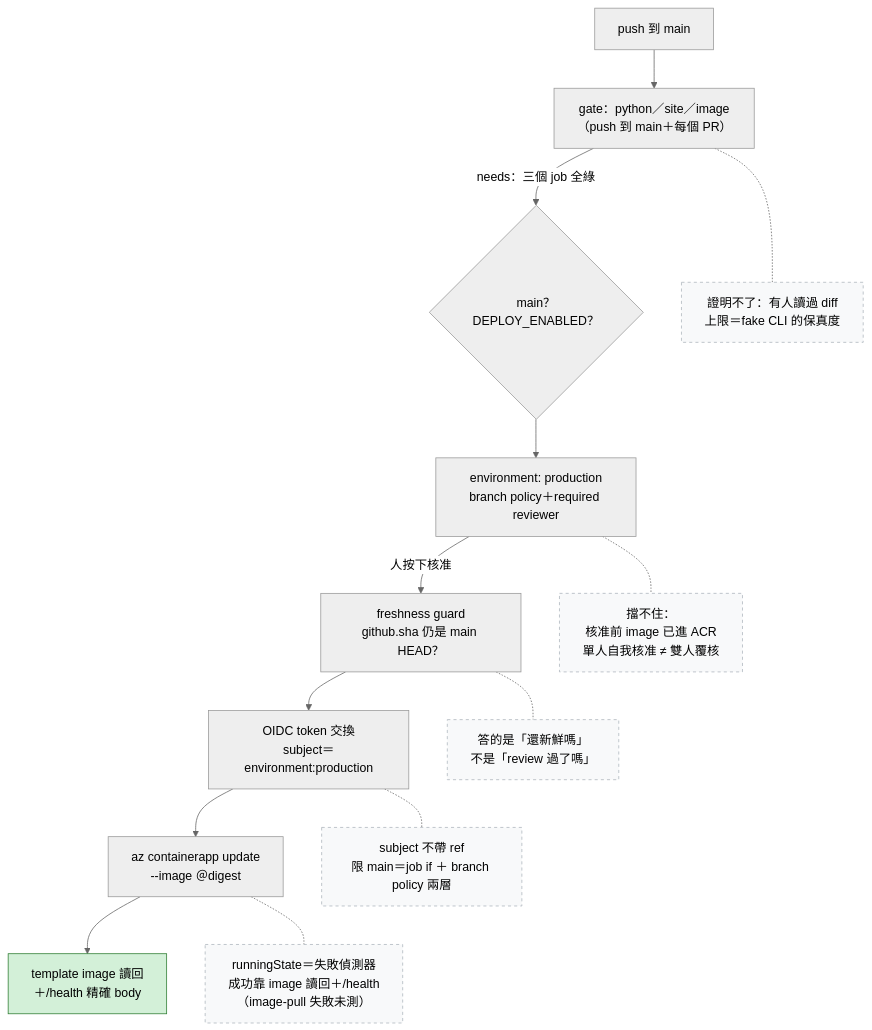
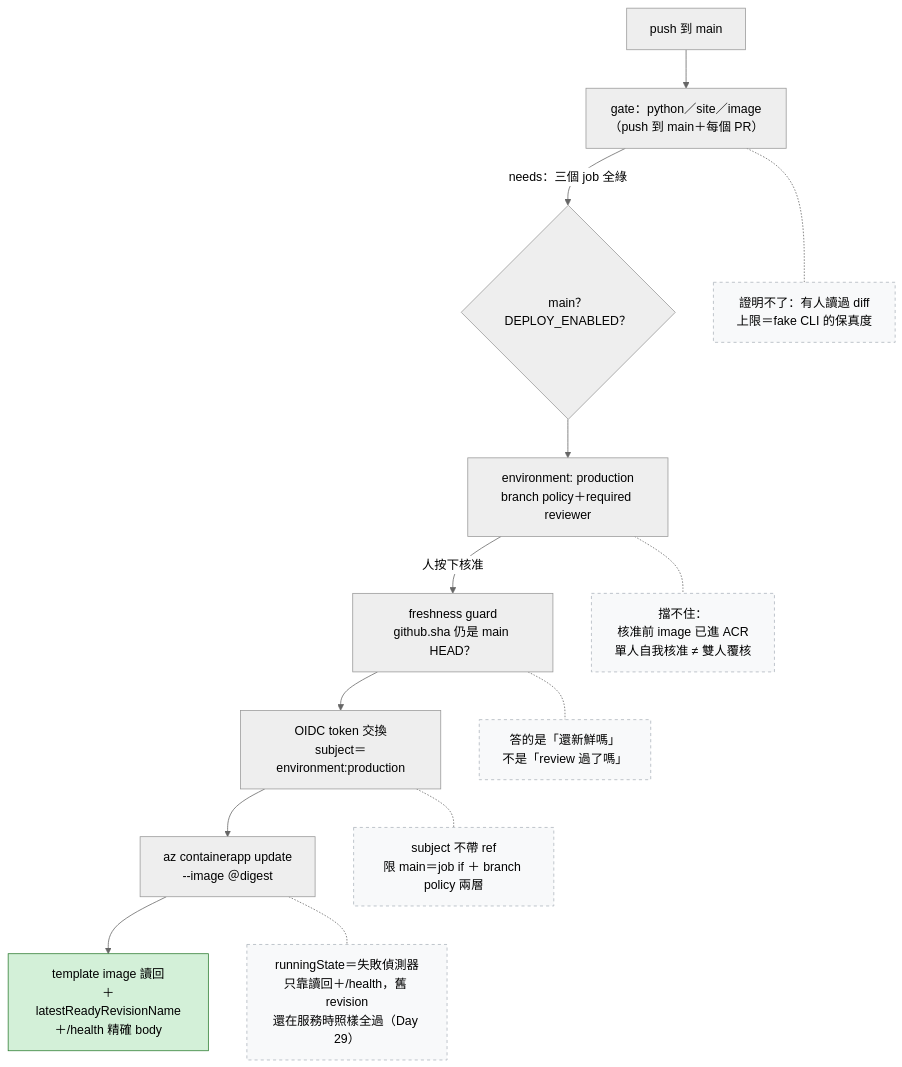
One commit to kehao-playground/azure-genai-backend-lab changed the diagram in docs/diagrams/cicd-defense-boundaries.zh-tw.mmd. Above: the diagram before and after it, drawn with Mermaid (neutral theme). The commit also changed 1 other file, not shown here.

Commit message:
docs: refresh the CI/CD defense diagram for the Day 29 readiness gate

```diff
--- a/docs/diagrams/cicd-defense-boundaries.zh-tw.mmd
+++ b/docs/diagrams/cicd-defense-boundaries.zh-tw.mmd
@@ -1,24 +1,24 @@
-%% Publication source (zh-TW) for the Day 25 article figure.
-%% English semantic companion: cicd-defense-boundaries.md — keep the two in the same topology.
-%% The planning repo stores only the rendered PNG snapshot (proposal 005).
+%% zh-TW companion to cicd-defense-boundaries.md — keep the two in the same topology.
+%% Tracks main. The Day 25 article's PNG is frozen at that article's three-check
+%% version and is deliberately NOT re-rendered from this file (see ../ci-cd.md, section 11).
 flowchart TD
     P["push 到 main"] --> G["gate：python／site／image<br/>（push 到 main＋每個 PR）"]
     G -->|"needs：三個 job 全綠"| Q{"main？DEPLOY_ENABLED？"}
     Q --> E["environment: production<br/>branch policy＋required reviewer"]
     E -->|"人按下核准"| F["freshness guard<br/>github.sha 仍是 main HEAD？"]
     F --> O["OIDC token 交換<br/>subject＝environment:production"]
     O --> D["az containerapp update<br/>--image ＠digest"]
-    D --> H["template image 讀回<br/>＋/health 精確 body"]
+    D --> H["template image 讀回<br/>＋latestReadyRevisionName<br/>＋/health 精確 body"]
 
     G -.- gN["證明不了：有人讀過 diff<br/>上限＝fake CLI 的保真度"]
     E -.- eN["擋不住：<br/>核准前 image 已進 ACR<br/>單人自我核准 ≠ 雙人覆核"]
     F -.- fN["答的是「還新鮮嗎」<br/>不是「review 過了嗎」"]
     O -.- oN["subject 不帶 ref<br/>限 main＝job if ＋ branch policy 兩層"]
-    D -.- dN["runningState＝失敗偵測器<br/>成功靠 image 讀回＋/health<br/>（image-pull 失敗未測）"]
+    D -.- dN["runningState＝失敗偵測器<br/>只靠讀回＋/health，舊 revision<br/>還在服務時照樣全過（Day 29）"]
 
     style H fill:#d3f0d8,stroke:#2e7d32
     style gN fill:#f8f9fa,stroke:#adb5bd,stroke-dasharray:4
     style eN fill:#f8f9fa,stroke:#adb5bd,stroke-dasharray:4
     style fN fill:#f8f9fa,stroke:#adb5bd,stroke-dasharray:4
     style oN fill:#f8f9fa,stroke:#adb5bd,stroke-dasharray:4
     style dN fill:#f8f9fa,stroke:#adb5bd,stroke-dasharray:4
```
